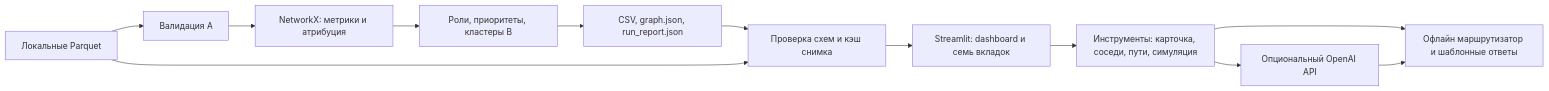
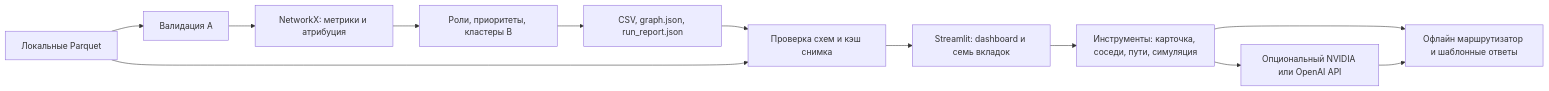
Before and after one commit to BAITC-Hacks/hack-db041ec5-team: the diagram in docs/ARCHITECTURE.md, drawn with Mermaid. The commit also changed 10 other files, not shown here.

````diff
--- a/docs/ARCHITECTURE.md
+++ b/docs/ARCHITECTURE.md
@@ -3,14 +3,14 @@
 ```mermaid
 flowchart LR
   P[Локальные Parquet] --> V[Валидация A]
   V --> G[NetworkX: метрики и атрибуция]
   G --> B[Роли, приоритеты, кластеры B]
   B --> E[CSV, graph.json, run_report.json]
   E --> C[Проверка схем и кэш снимка]
   P --> C
   C --> UI[Streamlit: dashboard и семь вкладок]
   UI --> T[Инструменты: карточка, соседи, пути, симуляция]
   T --> OFF[Офлайн маршрутизатор и шаблонные ответы]
-  T --> ON[Опциональный OpenAI API]
+  T --> ON[Опциональный NVIDIA или OpenAI API]
   ON --> OFF
 ```
````
